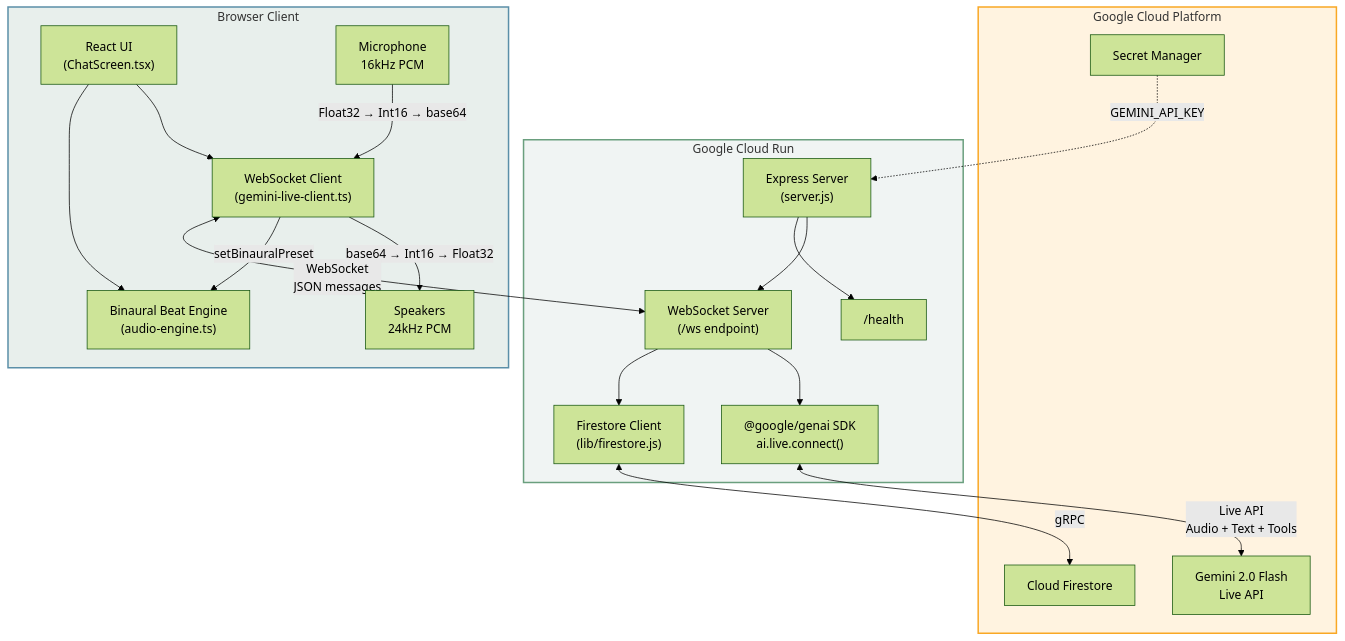
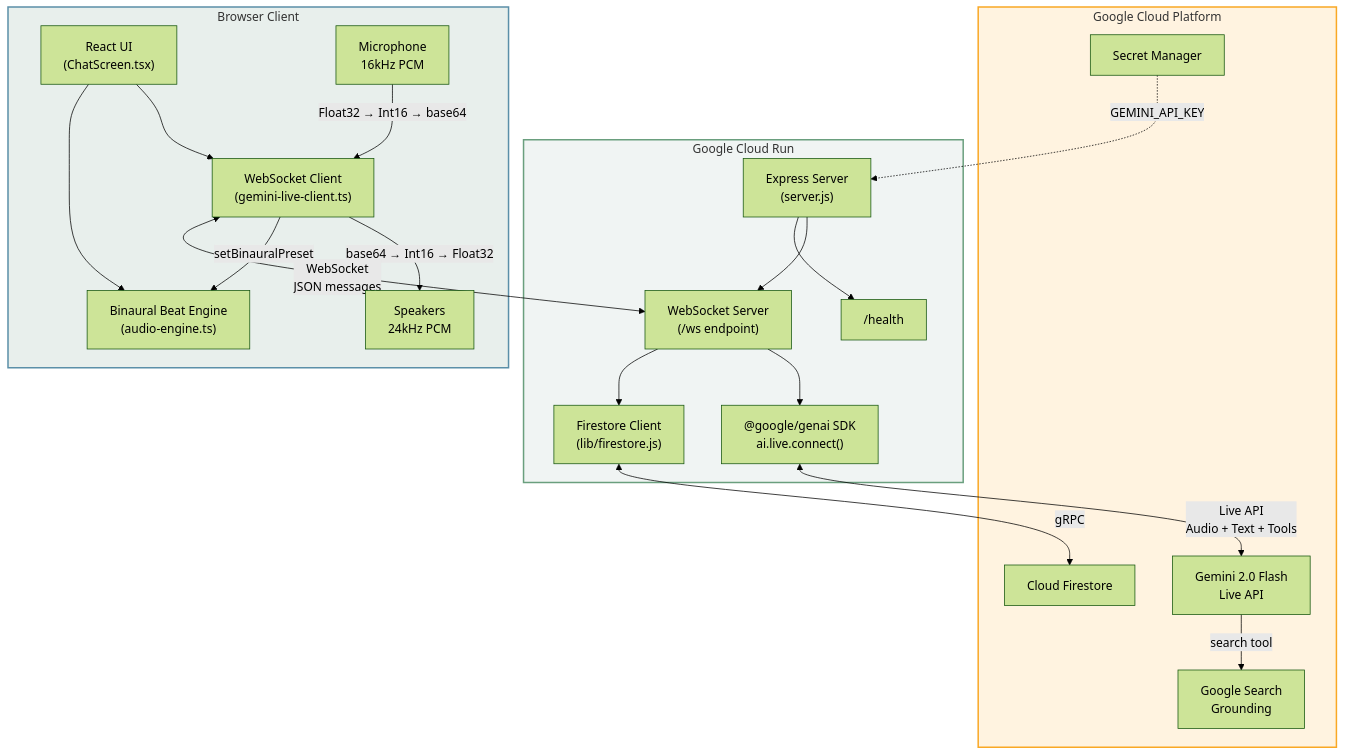
Before and after one commit to JStoweYouKnow/Ytb: the diagram in README.md, drawn with Mermaid (forest theme). The commit also changed other lines of this file and 9 other files, not shown here.

````diff
--- a/README.md
+++ b/README.md
@@ -35,44 +68,46 @@
 ```mermaid
 graph TB
     subgraph Browser["Browser Client"]
         UI["React UI<br/>(ChatScreen.tsx)"]
         GLC["WebSocket Client<br/>(gemini-live-client.ts)"]
         AE["Binaural Beat Engine<br/>(audio-engine.ts)"]
         MIC["Microphone<br/>16kHz PCM"]
         SPK["Speakers<br/>24kHz PCM"]
 
         UI --> GLC
         UI --> AE
         MIC -->|"Float32 → Int16 → base64"| GLC
         GLC -->|"base64 → Int16 → Float32"| SPK
         GLC -->|"setBinauralPreset"| AE
     end
 
     subgraph CloudRun["Google Cloud Run"]
         EXP["Express Server<br/>(server.js)"]
         WSS["WebSocket Server<br/>(/ws endpoint)"]
         SDK["@google/genai SDK<br/>ai.live.connect()"]
         FS["Firestore Client<br/>(lib/firestore.js)"]
         HEALTH["/health"]
 
         EXP --> WSS
         EXP --> HEALTH
         WSS --> SDK
         WSS --> FS
     end
 
     subgraph Google["Google Cloud Platform"]
         GEMINI["Gemini 2.0 Flash<br/>Live API"]
+        GSEARCH["Google Search<br/>Grounding"]
         FIRE["Cloud Firestore"]
         SM["Secret Manager"]
+        GEMINI -->|"search tool"| GSEARCH
     end
 
     GLC <-->|"WebSocket<br/>JSON messages"| WSS
     SDK <-->|"Live API<br/>Audio + Text + Tools"| GEMINI
     FS <-->|"gRPC"| FIRE
     SM -.->|"GEMINI_API_KEY"| EXP
 
     style Browser fill:#e8efec,stroke:#5b8fa8,stroke-width:2px
     style CloudRun fill:#f0f4f3,stroke:#6a9f7e,stroke-width:2px
     style Google fill:#fff3e0,stroke:#f9a825,stroke-width:2px
 ```
````
